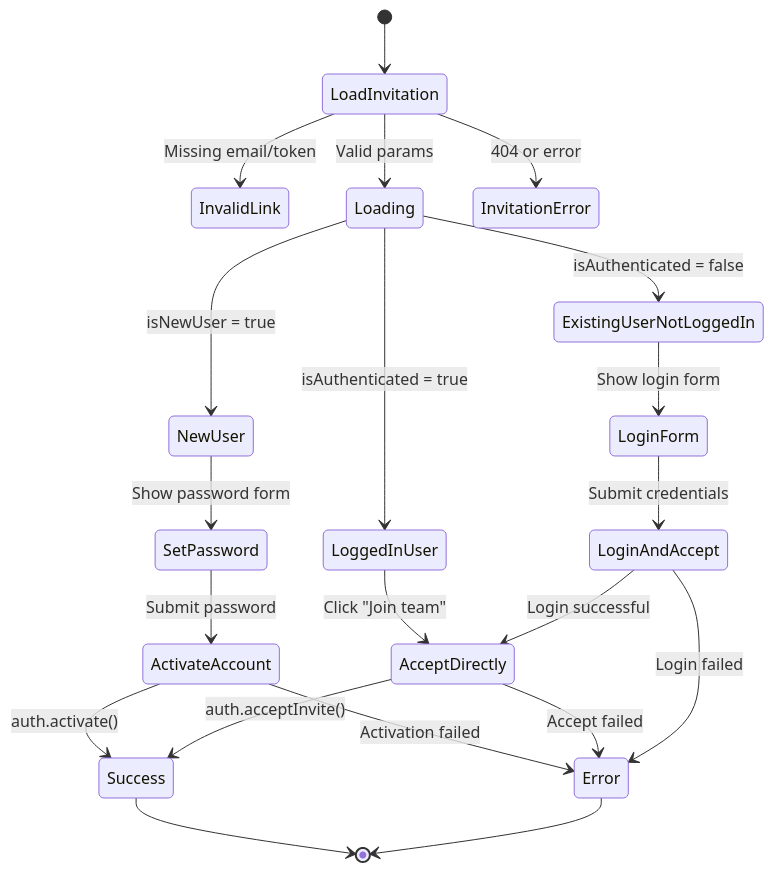
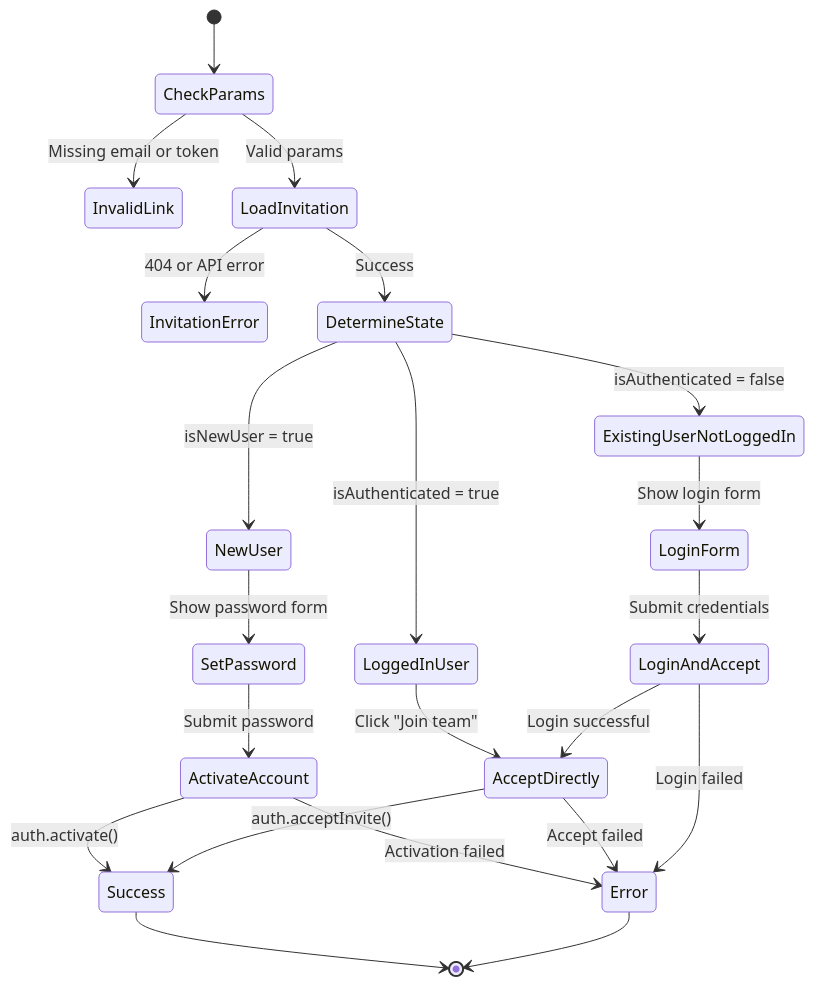
Before and after one commit to ulabase/starter-vue: the second of 2 diagrams in openwiki/integrations/teams-and-invitations.md, drawn with Mermaid. The commit also changed other lines of this file and 38 other files, not shown here.

````diff
--- a/openwiki/integrations/teams-and-invitations.md
+++ b/openwiki/integrations/teams-and-invitations.md
@@ -254,28 +349,30 @@
 ```mermaid
 stateDiagram-v2
-    [*] --> LoadInvitation
-    LoadInvitation --> InvalidLink: Missing email/token
-    LoadInvitation --> Loading: Valid params
-    LoadInvitation --> InvitationError: 404 or error
+    [*] --> CheckParams
+    CheckParams --> InvalidLink: Missing email or token
+    CheckParams --> LoadInvitation: Valid params
     
-    Loading --> NewUser: isNewUser = true
-    Loading --> LoggedInUser: isAuthenticated = true
-    Loading --> ExistingUserNotLoggedIn: isAuthenticated = false
+    LoadInvitation --> InvitationError: 404 or API error
+    LoadInvitation --> DetermineState: Success
+    
+    DetermineState --> NewUser: isNewUser = true
+    DetermineState --> LoggedInUser: isAuthenticated = true
+    DetermineState --> ExistingUserNotLoggedIn: isAuthenticated = false
     
     NewUser --> SetPassword: Show password form
     SetPassword --> ActivateAccount: Submit password
     ActivateAccount --> Success: auth.activate()
     ActivateAccount --> Error: Activation failed
     
     LoggedInUser --> AcceptDirectly: Click "Join team"
     AcceptDirectly --> Success: auth.acceptInvite()
     AcceptDirectly --> Error: Accept failed
     
     ExistingUserNotLoggedIn --> LoginForm: Show login form
     LoginForm --> LoginAndAccept: Submit credentials
     LoginAndAccept --> AcceptDirectly: Login successful
     LoginAndAccept --> Error: Login failed
     
     Success --> [*]
     Error --> [*]
 ```
````
